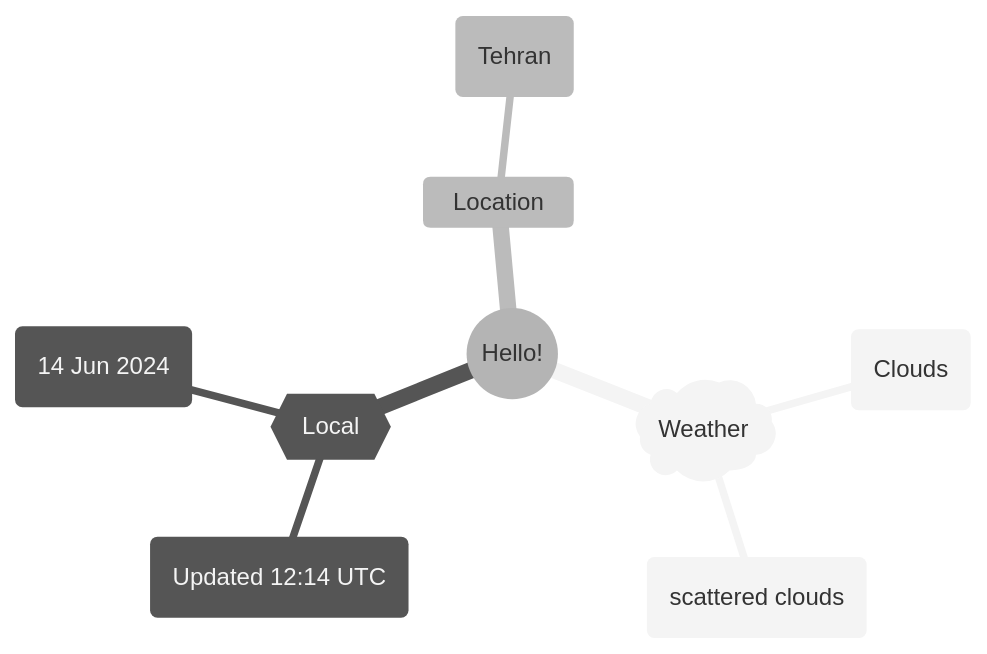
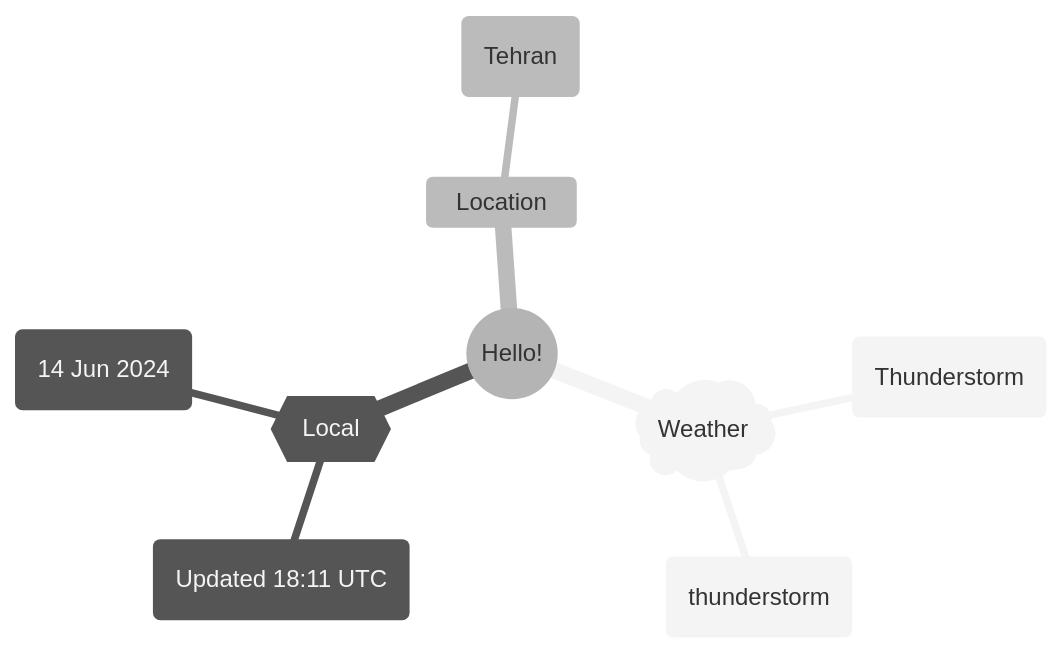
One commit to Xosrov/Xosrov changed the first of 2 diagrams in README.md. Above: the diagram before and after it, drawn with Mermaid (neutral theme).

Commit message:
[bot] updated images

````diff
--- a/README.md
+++ b/README.md
@@ -3,12 +3,12 @@
 ```mermaid
 mindmap
   root((Hello!))
     )Weather(
-        (Clouds)
-        (scattered clouds)
+        (Thunderstorm)
+        (thunderstorm)
     {{Local}}
-        (Updated 12:14 UTC)
+        (Updated 18:11 UTC)
         (14 Jun 2024)
     Location
         (Tehran)
 ```
````
